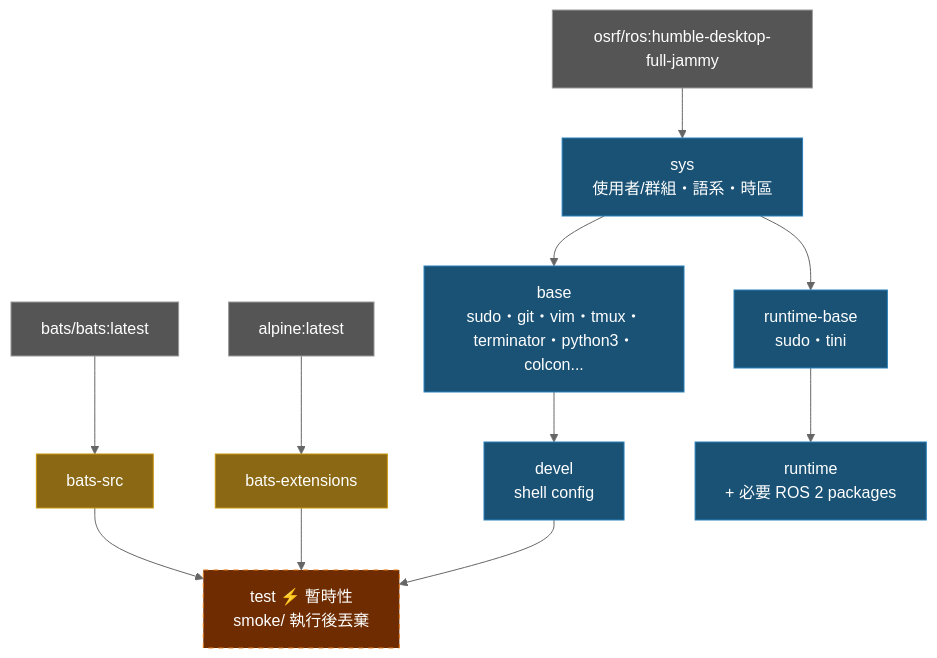
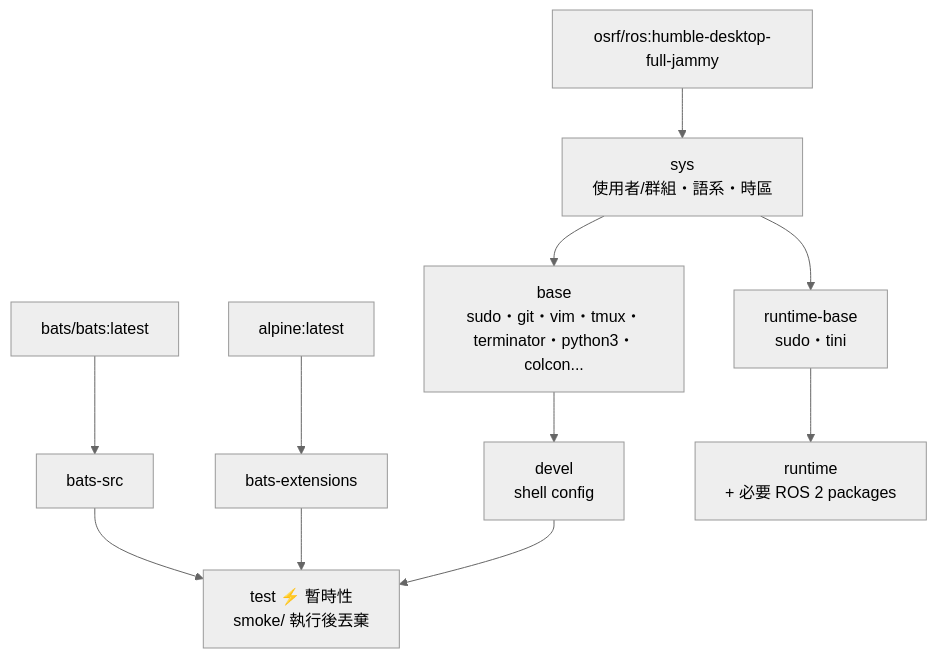
Before and after one commit to ycpss91255-docker/osrf_ros2_humble: the diagram in doc/README.zh-TW.md, drawn with Mermaid (neutral theme). The commit also changed 3 other files, not shown here.

Commit message:
docs: remove mermaid background colors from architecture diagrams (#25)

````diff
--- a/doc/README.zh-TW.md
+++ b/doc/README.zh-TW.md
@@ -235,26 +235,22 @@
 ```mermaid
 graph TD
-    EXT1["bats/bats:latest"]:::external
-    EXT2["alpine:latest"]:::external
-    EXT3["osrf/ros:humble-desktop-full-jammy"]:::external
+    EXT1["bats/bats:latest"]
+    EXT2["alpine:latest"]
+    EXT3["osrf/ros:humble-desktop-full-jammy"]
 
-    EXT1 --> bats-src["bats-src"]:::tool
-    EXT2 --> bats-ext["bats-extensions"]:::tool
+    EXT1 --> bats-src["bats-src"]
+    EXT2 --> bats-ext["bats-extensions"]
 
-    EXT3 --> sys["sys\n使用者/群組・語系・時區"]:::stage
+    EXT3 --> sys["sys\n使用者/群組・語系・時區"]
 
-    sys --> base["base\nsudo・git・vim・tmux・terminator・python3・colcon..."]:::stage
-    base --> devel["devel\nshell config"]:::stage
+    sys --> base["base\nsudo・git・vim・tmux・terminator・python3・colcon..."]
+    base --> devel["devel\nshell config"]
 
-    bats-src --> test["test  ⚡ 暫時性\nsmoke/ 執行後丟棄"]:::ephemeral
+    bats-src --> test["test  ⚡ 暫時性\nsmoke/ 執行後丟棄"]
     bats-ext --> test
     devel --> test
 
-    sys --> runtime-base["runtime-base\nsudo・tini"]:::stage
-    runtime-base --> runtime["runtime\n+ 必要 ROS 2 packages"]:::stage
+    sys --> runtime-base["runtime-base\nsudo・tini"]
+    runtime-base --> runtime["runtime\n+ 必要 ROS 2 packages"]
 
-    classDef external fill:#555,color:#fff,stroke:#999
-    classDef tool fill:#8B6914,color:#fff,stroke:#c8960c
-    classDef stage fill:#1a5276,color:#fff,stroke:#2980b9
-    classDef ephemeral fill:#6e2c00,color:#fff,stroke:#e67e22,stroke-dasharray:5 5
 ```
````
